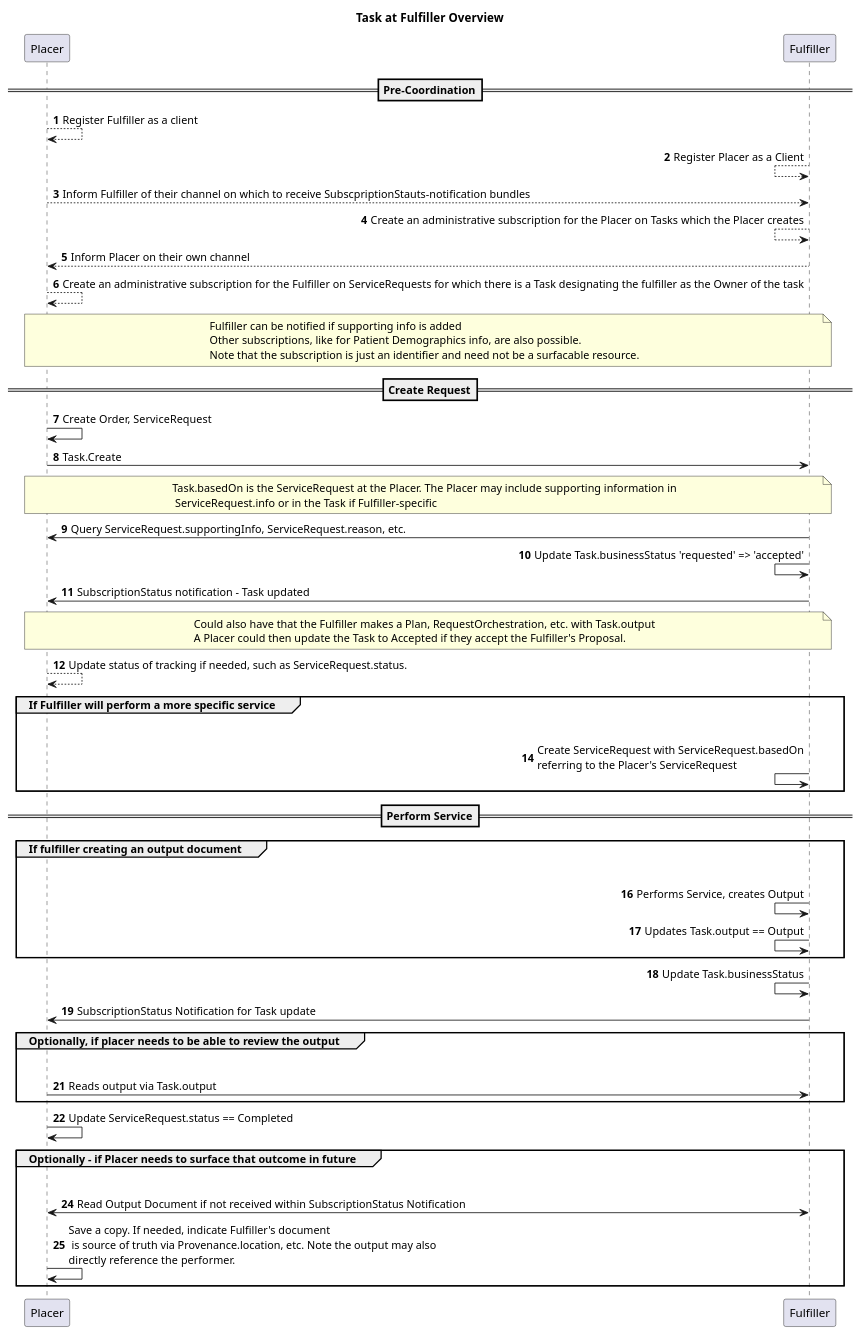
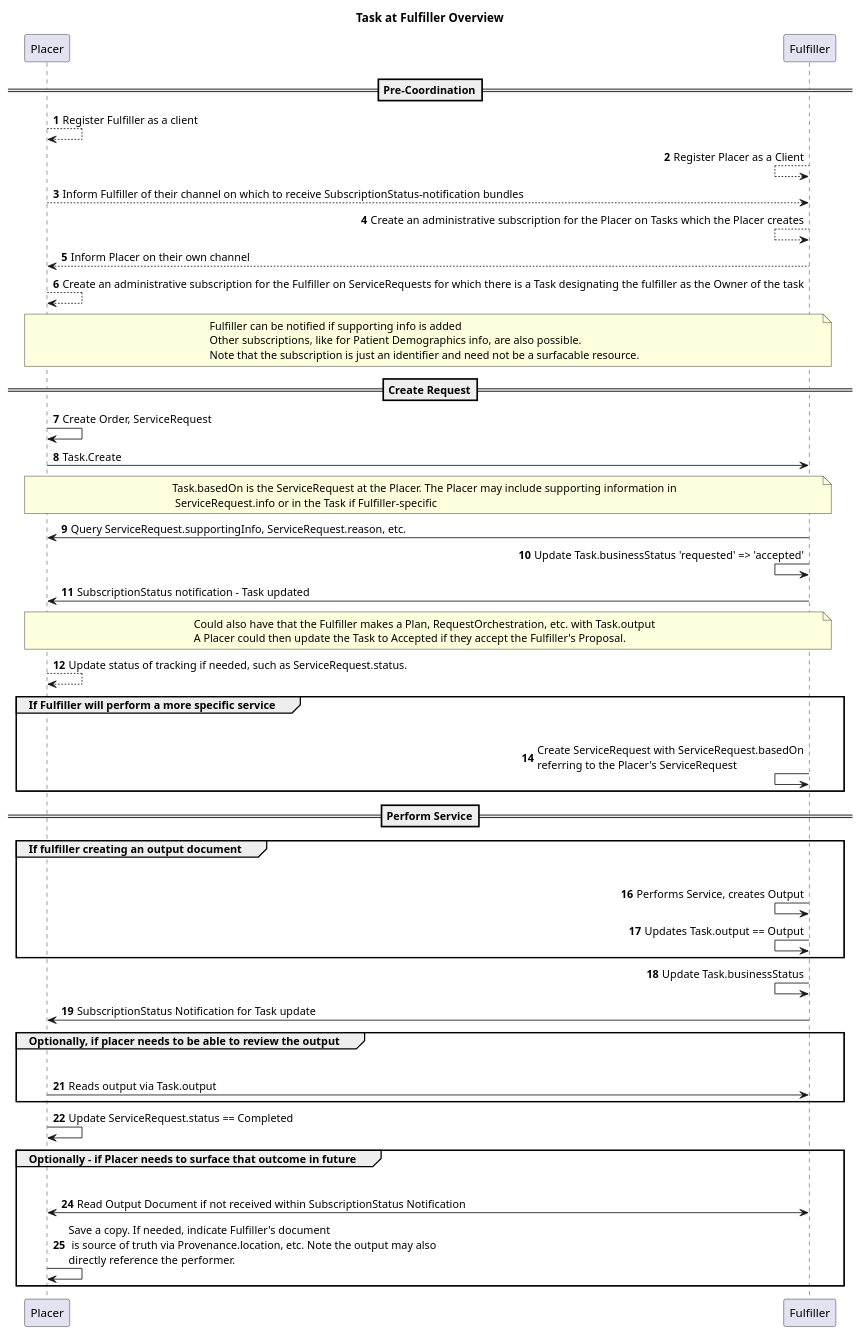
One commit to HL7/fhir-cow-ig changed the diagram in input/images-source/subscriptions-general-example-task-at-fulfiller.plantuml. Above: the diagram before and after it, drawn with PlantUML.

Commit message:
FHIR-50290

```diff
--- a/input/images-source/subscriptions-general-example-task-at-fulfiller.plantuml
+++ b/input/images-source/subscriptions-general-example-task-at-fulfiller.plantuml
@@ -1,72 +1,72 @@
 @startuml
 skinparam svgDimensionStyle false
 title Task at Fulfiller Overview
 
 autonumber
 
 ==Pre-Coordination==
 Placer --> Placer: Register Fulfiller as a client
 
 Fulfiller <-- Fulfiller: Register Placer as a Client
 
-Placer --> Fulfiller: Inform Fulfiller of their channel on which to receive SubscpriptionStauts-notification bundles
+Placer --> Fulfiller: Inform Fulfiller of their channel on which to receive SubscriptionStatus-notification bundles
 
 Fulfiller <-- Fulfiller: Create an administrative subscription for the Placer on Tasks which the Placer creates 
 
 Fulfiller --> Placer: Inform Placer on their own channel
 
 Placer --> Placer: Create an administrative subscription for the Fulfiller on ServiceRequests for which there is a Task designating the fulfiller as the Owner of the task
 
 note over Placer, Fulfiller: Fulfiller can be notified if supporting info is added\nOther subscriptions, like for Patient Demographics info, are also possible.\nNote that the subscription is just an identifier and need not be a surfacable resource.
 
 
 
 ==Create Request==
 Placer -> Placer: Create Order, ServiceRequest
 
 Placer -> Fulfiller: Task.Create
 
 note over Placer, Fulfiller: Task.basedOn is the ServiceRequest at the Placer. The Placer may include supporting information in\n ServiceRequest.info or in the Task if Fulfiller-specific
 
 Fulfiller -> Placer: Query ServiceRequest.supportingInfo, ServiceRequest.reason, etc.
 
 Fulfiller <- Fulfiller: Update Task.businessStatus 'requested' => 'accepted'
 
 Fulfiller -> Placer: SubscriptionStatus notification - Task updated
 
 note over Placer, Fulfiller: Could also have that the Fulfiller makes a Plan, RequestOrchestration, etc. with Task.output\nA Placer could then update the Task to Accepted if they accept the Fulfiller's Proposal.
 
 Placer --> Placer: Update status of tracking if needed, such as ServiceRequest.status. 
 
 group If Fulfiller will perform a more specific service
     Fulfiller -[hidden]> Placer:
     Fulfiller <- Fulfiller: Create ServiceRequest with ServiceRequest.basedOn\nreferring to the Placer's ServiceRequest
 end
 
 
 ==Perform Service==
 group If fulfiller creating an output document
     Fulfiller -[hidden]> Placer:
     Fulfiller <- Fulfiller: Performs Service, creates Output
     Fulfiller <- Fulfiller: Updates Task.output == Output
 end
 
 Fulfiller <- Fulfiller: Update Task.businessStatus
 
 Fulfiller -> Placer: SubscriptionStatus Notification for Task update
 
 group Optionally, if placer needs to be able to review the output
     Fulfiller -[hidden]> Placer:
     Placer -> Fulfiller: Reads output via Task.output
 end
 
 Placer -> Placer: Update ServiceRequest.status == Completed
 
 group Optionally - if Placer needs to surface that outcome in future
     Fulfiller -[hidden]> Placer:
     Placer <-> Fulfiller: Read Output Document if not received within SubscriptionStatus Notification
     Placer -> Placer: Save a copy. If needed, indicate Fulfiller's document\n is source of truth via Provenance.location, etc. Note the output may also\ndirectly reference the performer.
    
 end
 
 @enduml
```
